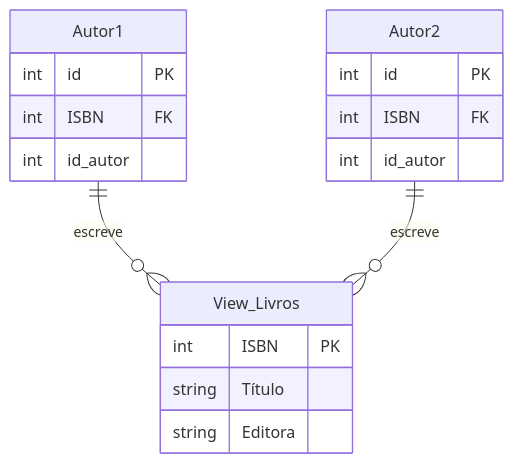
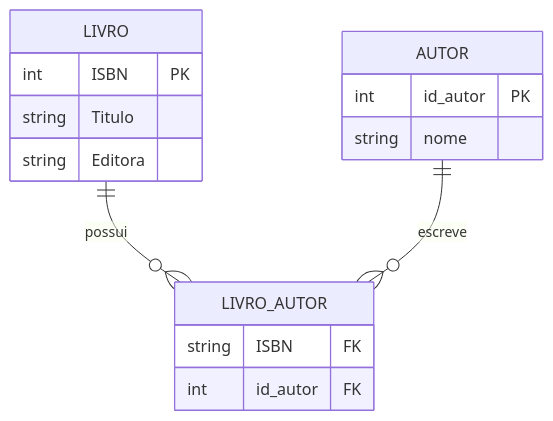
One commit to joaorbm09/banco_de_dados changed the diagram in exercicios/ex2.md. Above: the diagram before and after it, drawn with Mermaid. The commit also changed 3 other files, not shown here.

````diff
--- a/exercicios/ex2.md
+++ b/exercicios/ex2.md
@@ -3,23 +3,21 @@
 ```mermaid
     erDiagram
-        View_Livros{
+        LIVRO{
             int ISBN PK 
-            string Título 
+            string Titulo 
             string Editora 
         }
-        Autor1{
-            int id PK 
-            int ISBN FK 
-            int id_autor 
+        AUTOR{
+            int id_autor PK 
+            string nome 
         }
 
-        Autor2{
-            int id PK 
-            int ISBN FK 
-            int id_autor 
+        LIVRO_AUTOR{
+            string ISBN FK 
+            int id_autor FK
         }
 
 
-Autor1 ||--o{ View_Livros:"escreve"
-Autor2 ||--o{ View_Livros:"escreve"
+LIVRO ||--o{ LIVRO_AUTOR:"possui"
+AUTOR ||--o{ LIVRO_AUTOR:"escreve"
 ``` 
````
